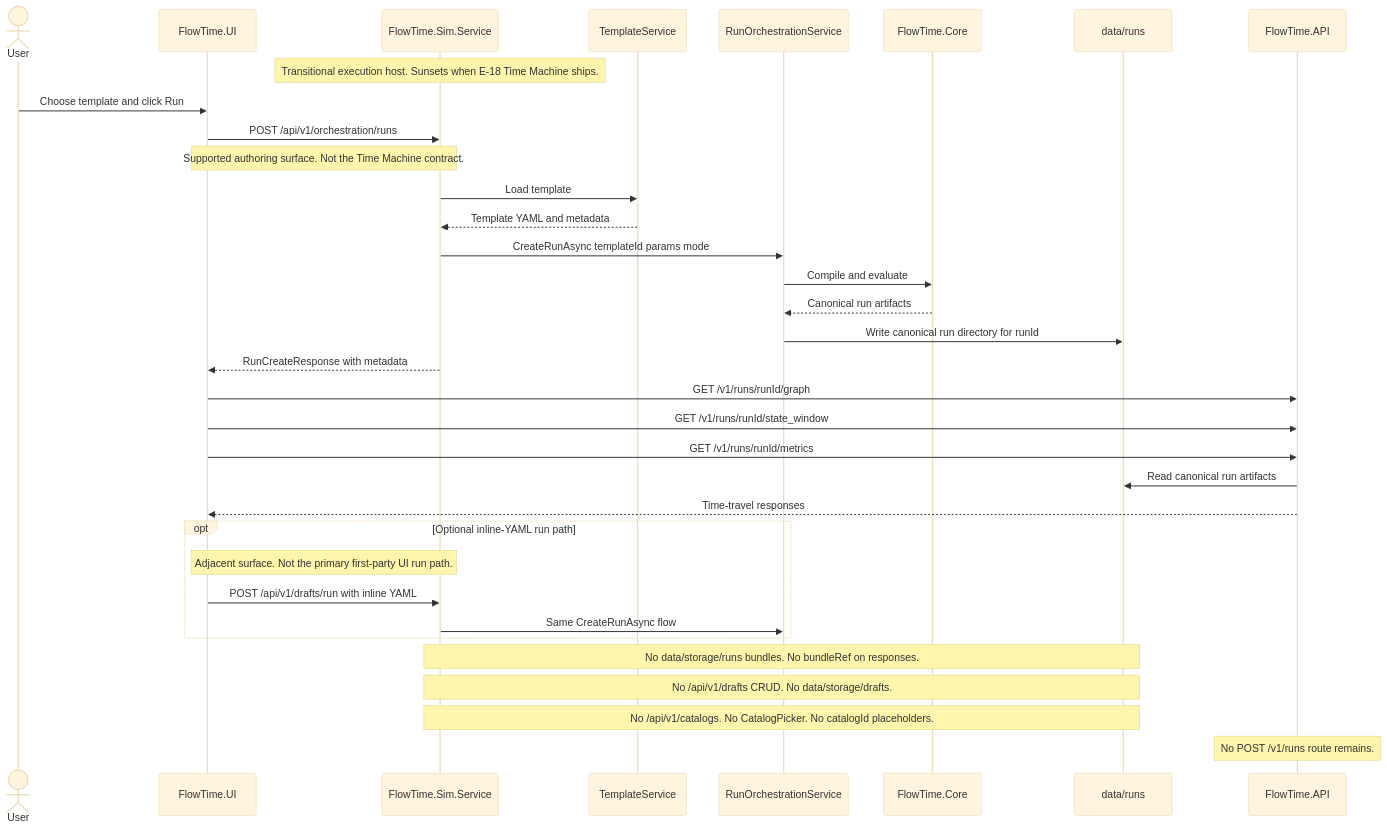
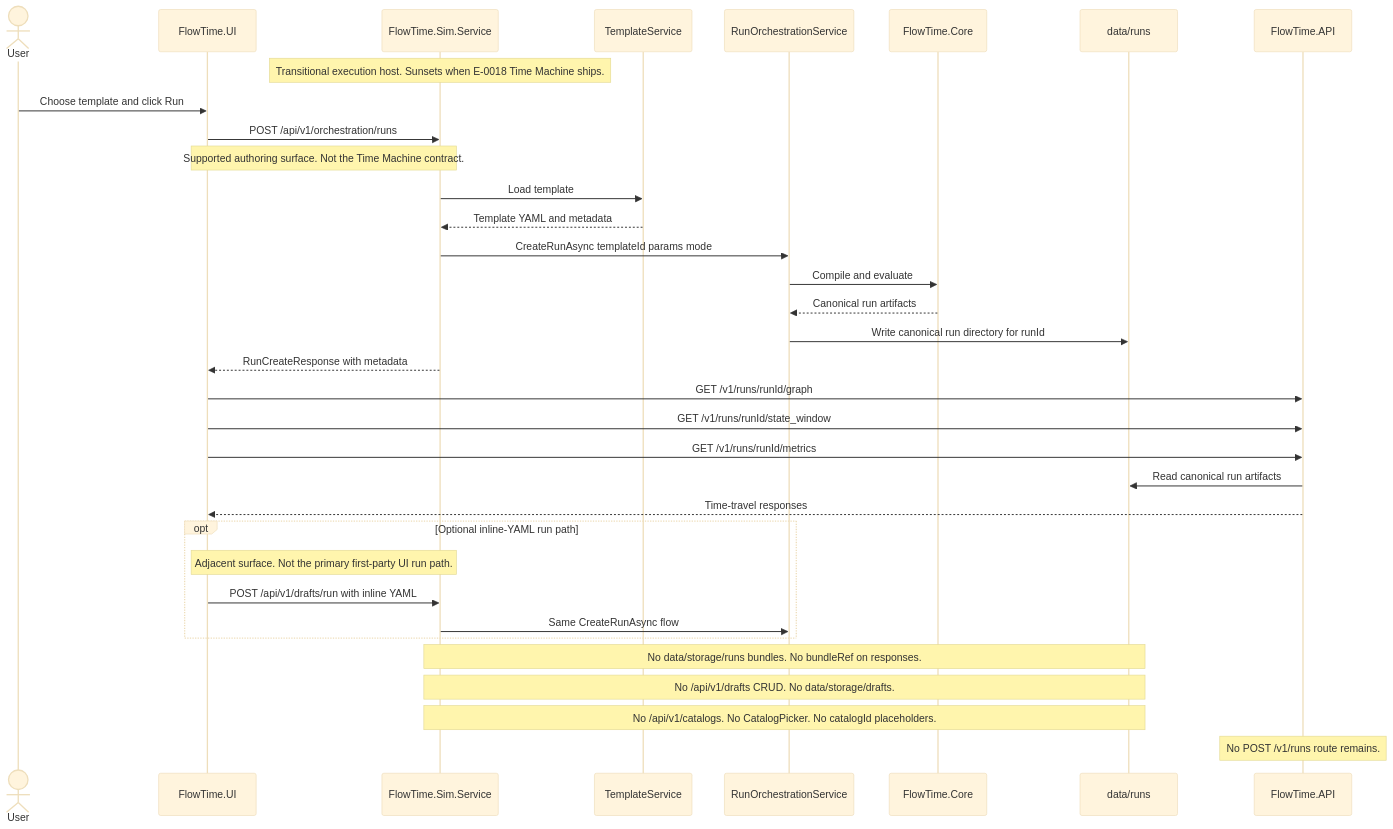
The second of 3 diagrams in work/epics/E-0019-surface-alignment-compatibility-cleanup/M-0024-supported-surface-inventory-boundary-adr-exit-criteria.md (23min/FlowTime), drawn with Mermaid (base theme) before and after one commit. The commit also changed other lines of this file and 99 other files, not shown here.

````diff
--- a/work/epics/E-0019-surface-alignment-compatibility-cleanup/M-0024-supported-surface-inventory-boundary-adr-exit-criteria.md
+++ b/work/epics/E-0019-surface-alignment-compatibility-cleanup/M-0024-supported-surface-inventory-boundary-adr-exit-criteria.md
@@ -307,42 +307,42 @@
 ```mermaid
 sequenceDiagram
     actor User
     participant UI as FlowTime.UI
     participant Sim as FlowTime.Sim.Service
     participant Tpl as TemplateService
     participant Orch as RunOrchestrationService
     participant Core as FlowTime.Core
     participant Runs as data/runs
     participant API as FlowTime.API
 
-    Note over Sim: Transitional execution host. Sunsets when E-18 Time Machine ships.
+    Note over Sim: Transitional execution host. Sunsets when E-0018 Time Machine ships.
 
     User->>UI: Choose template and click Run
     UI->>Sim: POST /api/v1/orchestration/runs
     Note over UI,Sim: Supported authoring surface. Not the Time Machine contract.
 
     Sim->>Tpl: Load template
     Tpl-->>Sim: Template YAML and metadata
     Sim->>Orch: CreateRunAsync templateId params mode
     Orch->>Core: Compile and evaluate
     Core-->>Orch: Canonical run artifacts
     Orch->>Runs: Write canonical run directory for runId
     Sim-->>UI: RunCreateResponse with metadata
 
     UI->>API: GET /v1/runs/runId/graph
     UI->>API: GET /v1/runs/runId/state_window
     UI->>API: GET /v1/runs/runId/metrics
     API->>Runs: Read canonical run artifacts
     API-->>UI: Time-travel responses
 
     opt Optional inline-YAML run path
         Note over UI,Sim: Adjacent surface. Not the primary first-party UI run path.
         UI->>Sim: POST /api/v1/drafts/run with inline YAML
         Sim->>Orch: Same CreateRunAsync flow
     end
 
     Note over Sim,Runs: No data/storage/runs bundles. No bundleRef on responses.
     Note over Sim,Runs: No /api/v1/drafts CRUD. No data/storage/drafts.
     Note over Sim,Runs: No /api/v1/catalogs. No CatalogPicker. No catalogId placeholders.
     Note over API: No POST /v1/runs route remains.
 ```
````
